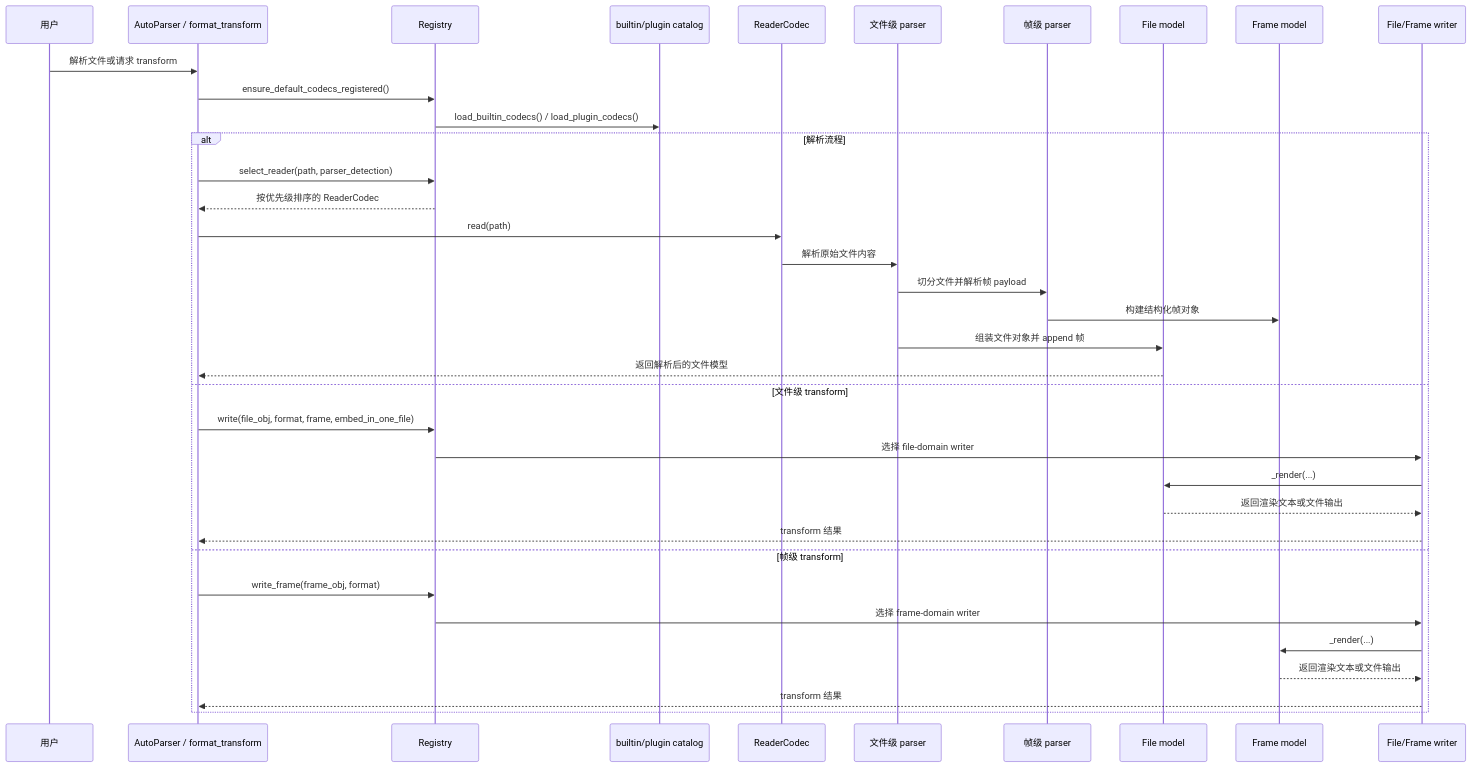
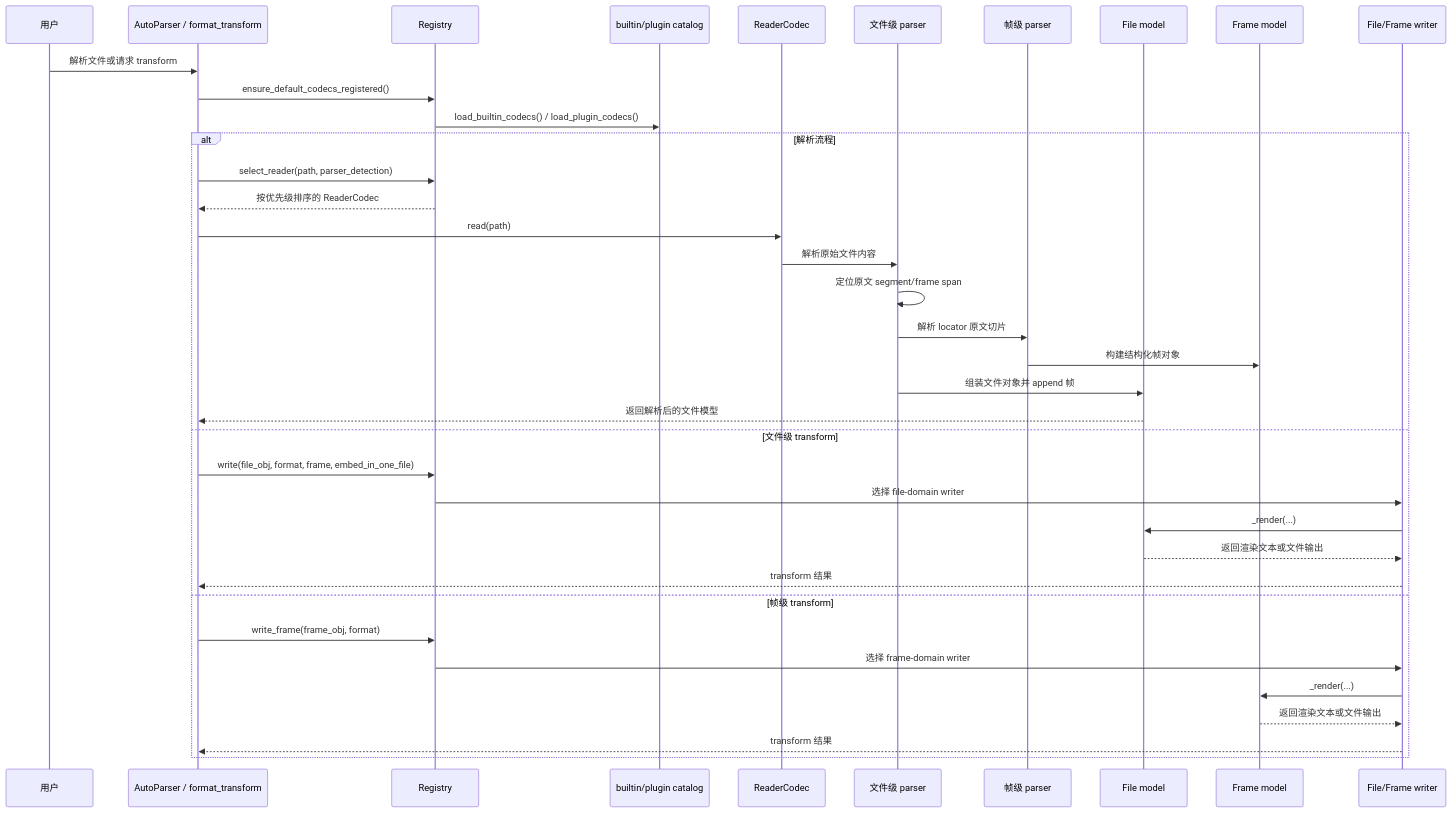
The second of 2 diagrams in docs/zh/contributing.md (gentle1999/MolOP), drawn with Mermaid before and after one commit. The commit also changed other lines of this file and 86 other files, not shown here.

````diff
--- a/docs/zh/contributing.md
+++ b/docs/zh/contributing.md
@@ -230,40 +383,41 @@
 ```mermaid
 sequenceDiagram
     participant User as 用户
     participant API as AutoParser / format_transform
     participant Registry
     participant Catalog as builtin/plugin catalog
     participant Reader as ReaderCodec
     participant FileParser as 文件级 parser
     participant FrameParser as 帧级 parser
     participant FileModel as File model
     participant FrameModel as Frame model
     participant Writer as File/Frame writer
 
     User->>API: 解析文件或请求 transform
     API->>Registry: ensure_default_codecs_registered()
     Registry->>Catalog: load_builtin_codecs() / load_plugin_codecs()
 
     alt 解析流程
         API->>Registry: select_reader(path, parser_detection)
         Registry-->>API: 按优先级排序的 ReaderCodec
         API->>Reader: read(path)
         Reader->>FileParser: 解析原始文件内容
-        FileParser->>FrameParser: 切分文件并解析帧 payload
+        FileParser->>FileParser: 定位原文 segment/frame span
+        FileParser->>FrameParser: 解析 locator 原文切片
         FrameParser->>FrameModel: 构建结构化帧对象
         FileParser->>FileModel: 组装文件对象并 append 帧
         FileModel-->>API: 返回解析后的文件模型
     else 文件级 transform
         API->>Registry: write(file_obj, format, frame, embed_in_one_file)
         Registry->>Writer: 选择 file-domain writer
         Writer->>FileModel: _render(...)
         FileModel-->>Writer: 返回渲染文本或文件输出
         Writer-->>API: transform 结果
     else 帧级 transform
         API->>Registry: write_frame(frame_obj, format)
         Registry->>Writer: 选择 frame-domain writer
         Writer->>FrameModel: _render(...)
         FrameModel-->>Writer: 返回渲染文本或文件输出
         Writer-->>API: transform 结果
     end
 ```
````
